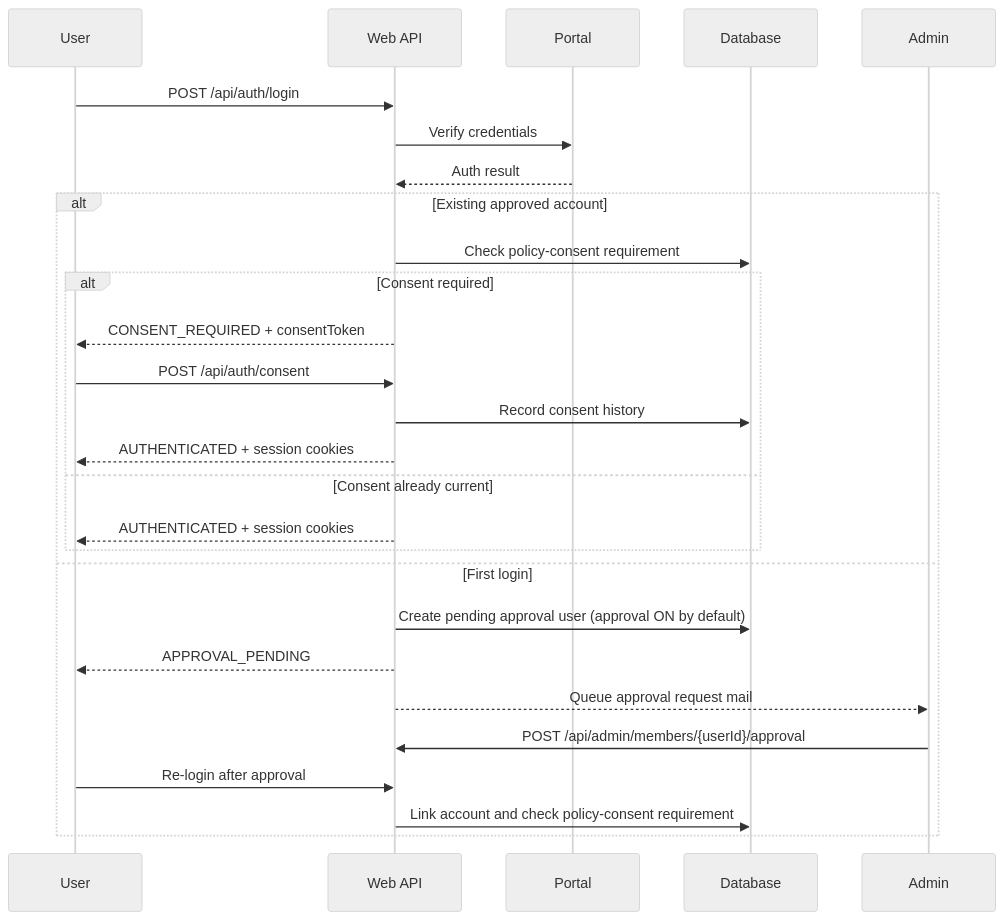
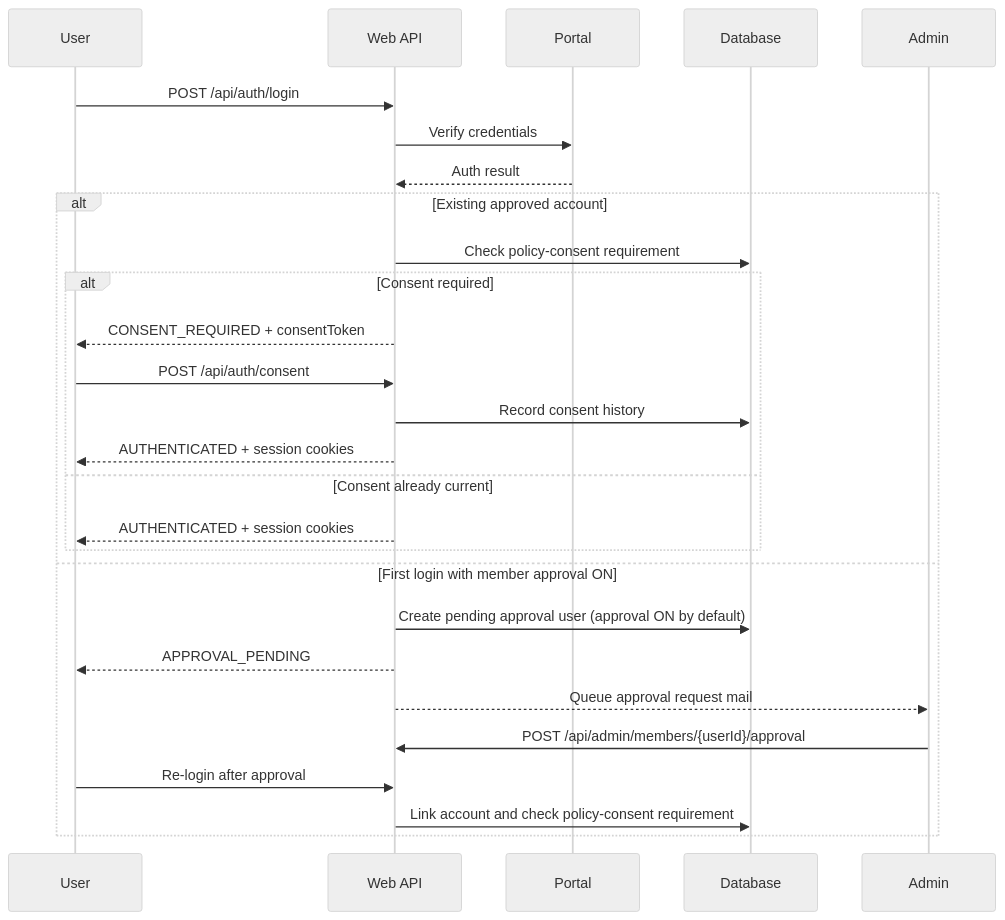
The second of 4 diagrams in README.md (OneTop4458/cu12), drawn with Mermaid (neutral theme) before and after one commit. The commit also changed other lines of this file and 57 other files, not shown here.

````diff
--- a/README.md
+++ b/README.md
@@ -40,29 +40,29 @@
 ```mermaid
 sequenceDiagram
   participant U as User
   participant Web as Web API
   participant Portal as Portal
   participant DB as Database
 
   U->>Web: POST /api/auth/login
   Web->>Portal: Verify credentials
   Portal-->>Web: Auth result
   alt Existing approved account
     Web->>DB: Check policy-consent requirement
     alt Consent required
       Web-->>U: CONSENT_REQUIRED + consentToken
       U->>Web: POST /api/auth/consent
       Web->>DB: Record consent history
       Web-->>U: AUTHENTICATED + session cookies
     else Consent already current
       Web-->>U: AUTHENTICATED + session cookies
     end
-  else First login
+  else First login with member approval ON
     Web->>DB: Create pending approval user (approval ON by default)
     Web-->>U: APPROVAL_PENDING
     Web-->>Admin: Queue approval request mail
     Admin->>Web: POST /api/admin/members/{userId}/approval
     U->>Web: Re-login after approval
     Web->>DB: Link account and check policy-consent requirement
   end
 ```
````
